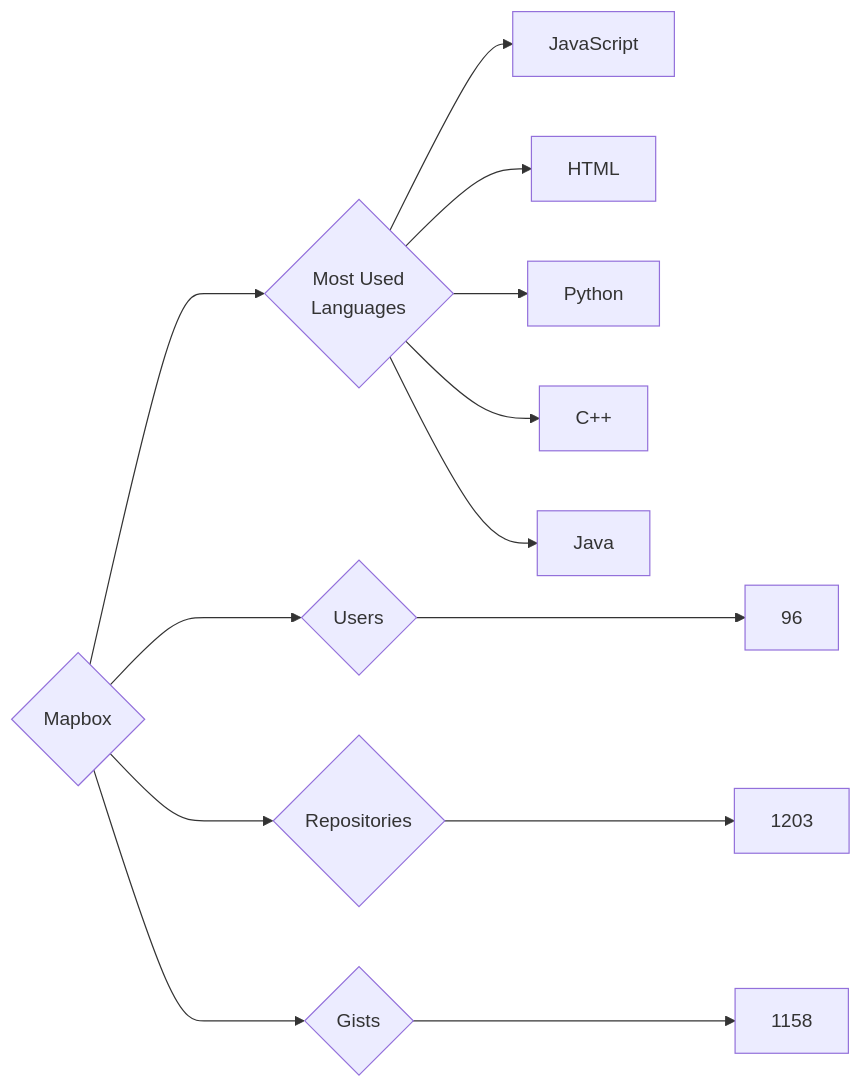
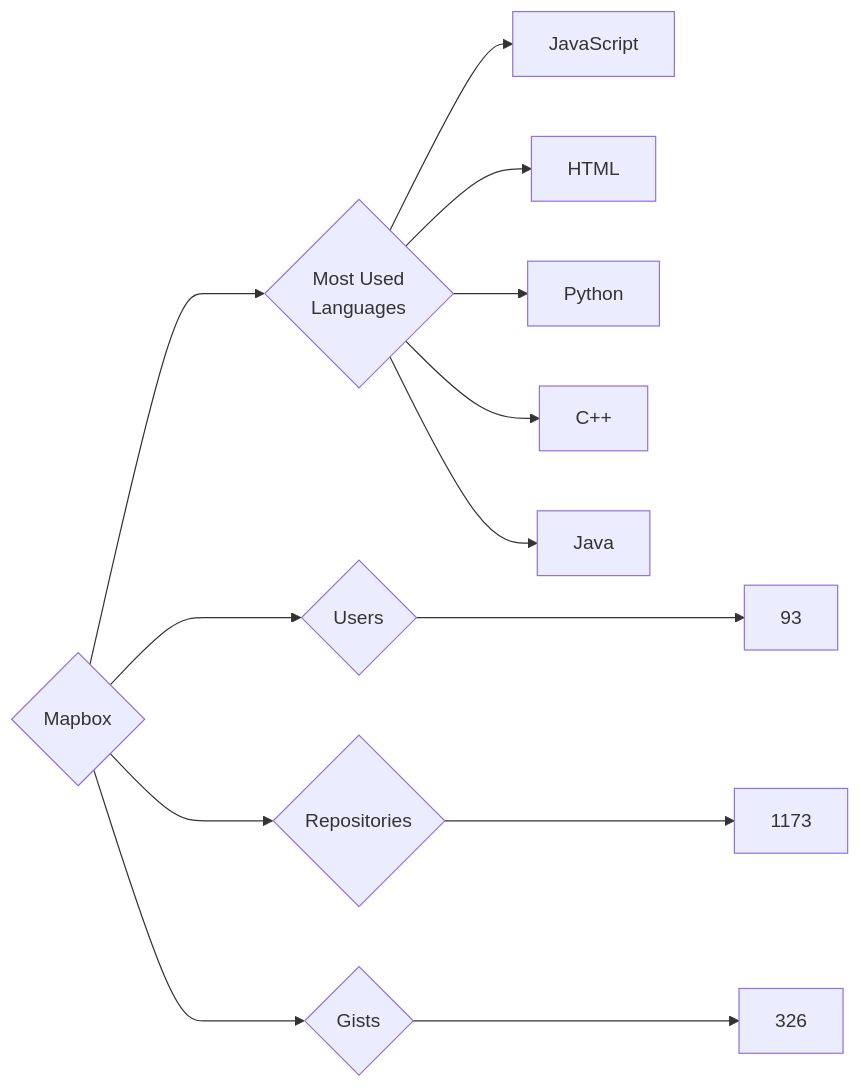
Before and after one commit to trickest/insiders: the diagram in targets/Mapbox/README.md, drawn with Mermaid. The commit also changed 715 other files, not shown here.

````diff
--- a/targets/Mapbox/README.md
+++ b/targets/Mapbox/README.md
@@ -3,13 +3,13 @@
 ```mermaid
 graph LR
 COMPANY_NAME{Mapbox}
-COMPANY_NAME ---> U{Users} ---> UN[96]
-COMPANY_NAME ---> R{Repositories} ---> RN[1203]
-COMPANY_NAME ---> G{Gists} ---> GN[1158]
+COMPANY_NAME ---> U{Users} ---> UN[93]
+COMPANY_NAME ---> R{Repositories} ---> RN[1173]
+COMPANY_NAME ---> G{Gists} ---> GN[326]
 COMPANY_NAME ---> ML{Most Used<br>Languages}
 ML --> JavaScript[JavaScript]
 ML --> HTML[HTML]
 ML --> Python[Python]
 ML --> C++[C++]
 ML --> Java[Java]
 ```
````
